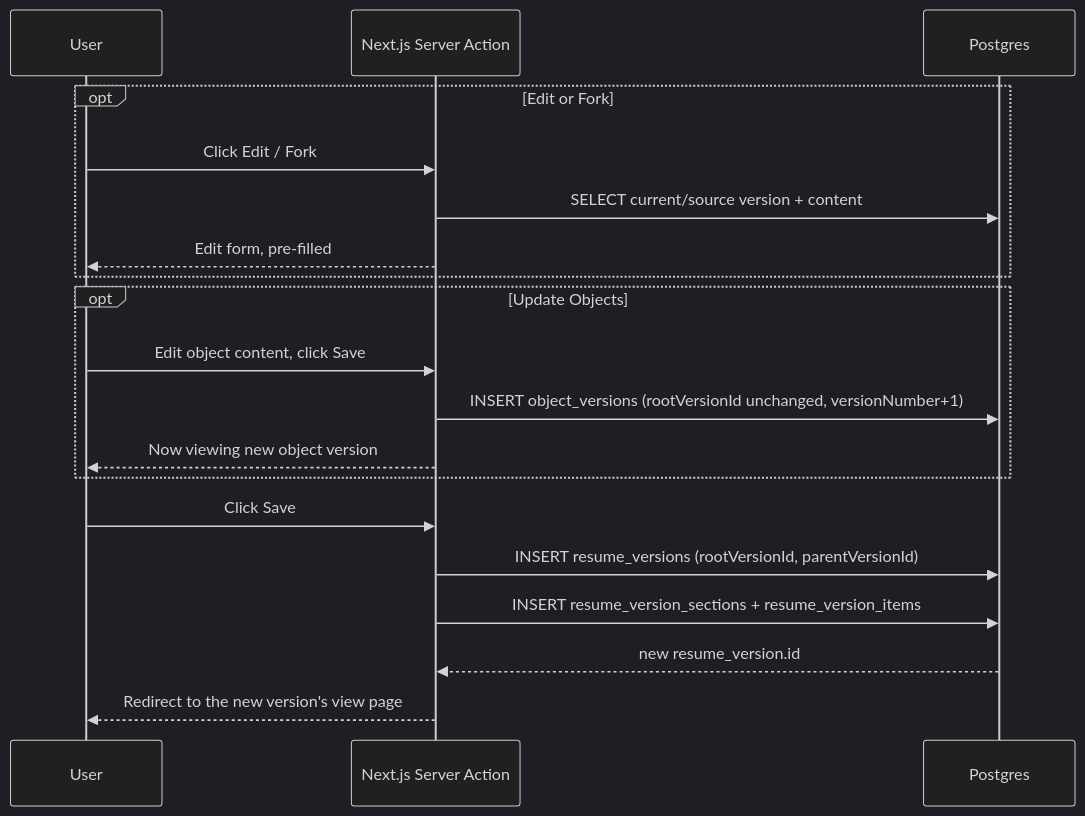
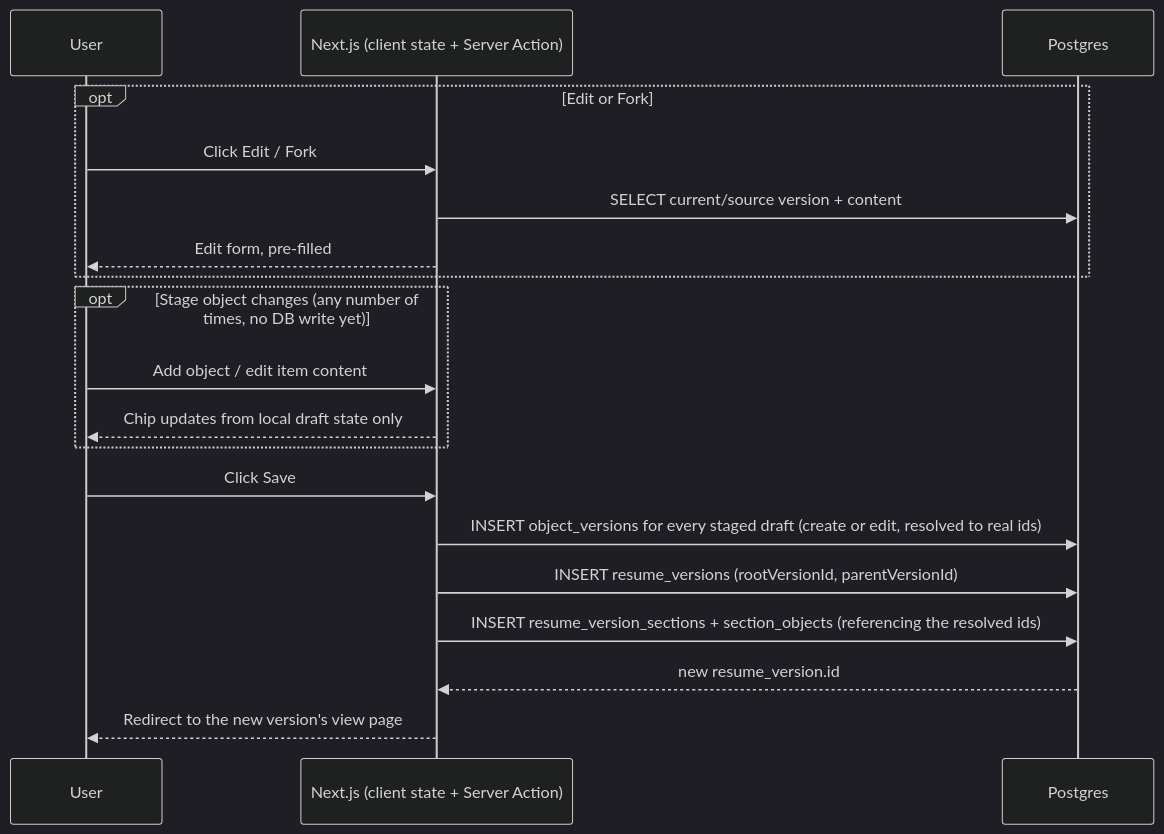
One commit to NiceKim/career-profile changed the third of 5 diagrams in docs/superpowers/specs/2026-08-16-resume-version-control-design.md. Above: the diagram before and after it, drawn with Mermaid (dark theme). The commit also changed other lines of this file and 2 other files, not shown here.

Commit message:
chore: plans doc updated and added. 1. Object Variations 2. Object sumbission on resume sumbission 3. fix Section object relation

````diff
--- a/docs/superpowers/specs/2026-08-16-resume-version-control-design.md
+++ b/docs/superpowers/specs/2026-08-16-resume-version-control-design.md
@@ -131,24 +135,24 @@
 ```mermaid
 sequenceDiagram
     participant U as User
-    participant App as Next.js Server Action
+    participant App as Next.js (client state + Server Action)
     participant DB as Postgres
 
     opt Edit or Fork
         U->>App: Click Edit / Fork
         App->>DB: SELECT current/source version + content
         App-->>U: Edit form, pre-filled
     end
 
-    opt Update Objects
-        U->>App: Edit object content, click Save
-        App->>DB: INSERT object_versions (rootVersionId unchanged, versionNumber+1)
-        App-->>U: Now viewing new object version
+    opt Stage object changes (any number of times, no DB write yet)
+        U->>App: Add object / edit item content
+        App-->>U: Chip updates from local draft state only
     end
 
     U->>App: Click Save
+    App->>DB: INSERT object_versions for every staged draft (create or edit, resolved to real ids)
     App->>DB: INSERT resume_versions (rootVersionId, parentVersionId)
-    App->>DB: INSERT resume_version_sections + resume_version_items
+    App->>DB: INSERT resume_version_sections + section_objects (referencing the resolved ids)
     DB-->>App: new resume_version.id
     App-->>U: Redirect to the new version's view page
 ```
````
